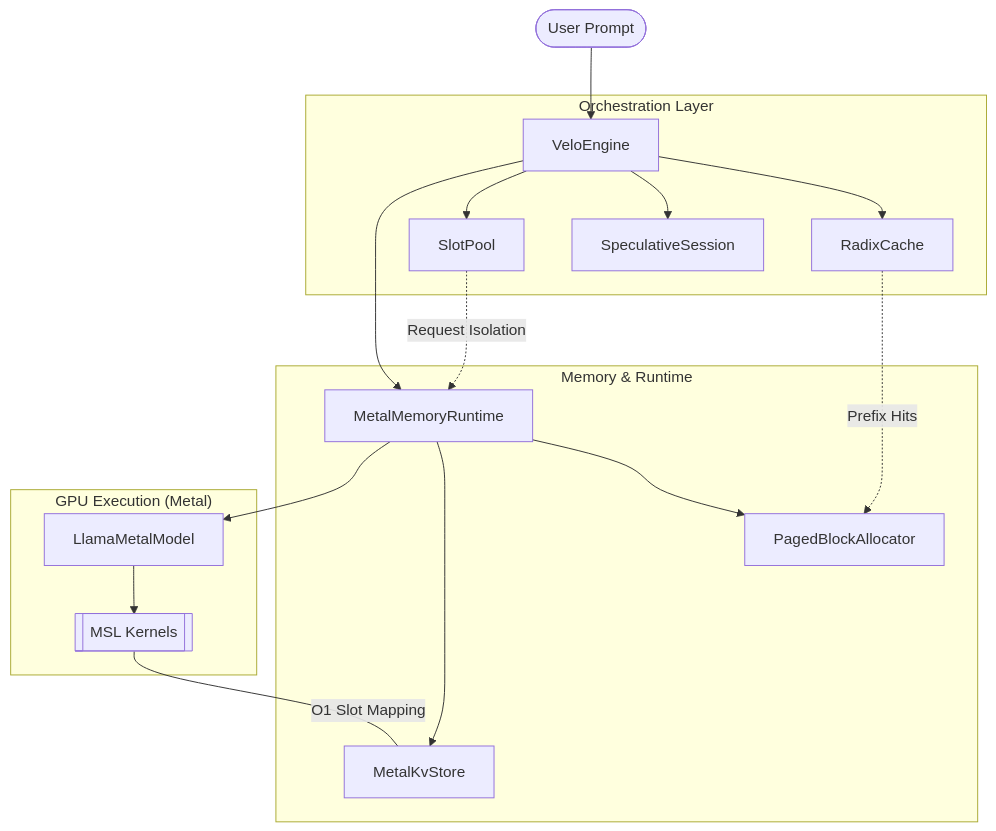
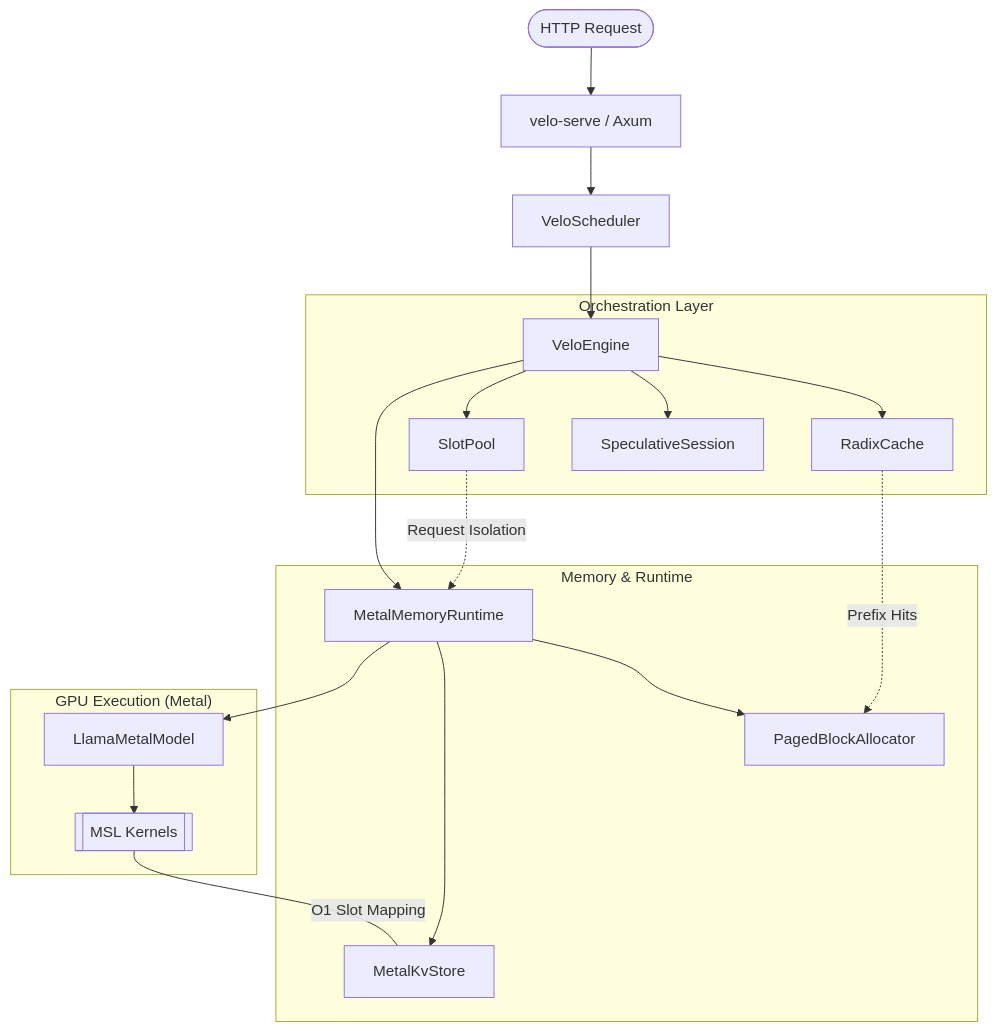
One commit to developertogo/velo-core changed the first of 2 diagrams in README.md. Above: the diagram before and after it, drawn with Mermaid. The commit also changed other lines of this file and 29 other files, not shown here.

Commit message:
feat: implemented OpenAI-compatible server, async scheduler with continuous batching, and native GGUF tokenizer. (#4)

````diff
--- a/README.md
+++ b/README.md
@@ -15,25 +17,27 @@
 ```mermaid
 graph TD
-    User([User Prompt]) --> Engine[VeloEngine]
-    
+    User([HTTP Request]) --> Server[velo-serve / Axum]
+    Server --> Scheduler[VeloScheduler]
+    Scheduler --> Engine[VeloEngine]
+   
     subgraph "Orchestration Layer"
         Engine --> Radix[RadixCache]
         Engine --> Spec[SpeculativeSession]
         Engine --> Slot[SlotPool]
     end
-    
+   
     subgraph "Memory & Runtime"
         Engine --> MetalRT[MetalMemoryRuntime]
         MetalRT --> Paged[PagedBlockAllocator]
         MetalRT --> Store[MetalKvStore]
     end
-    
+   
     subgraph "GPU Execution (Metal)"
         MetalRT --> Model[LlamaMetalModel]
         Model --> Kernels[[MSL Kernels]]
         Kernels --- |O1 Slot Mapping| Store
     end
-    
+   
     Radix -.-> |Prefix Hits| Paged
     Slot -.-> |Request Isolation| MetalRT
 ```
````
